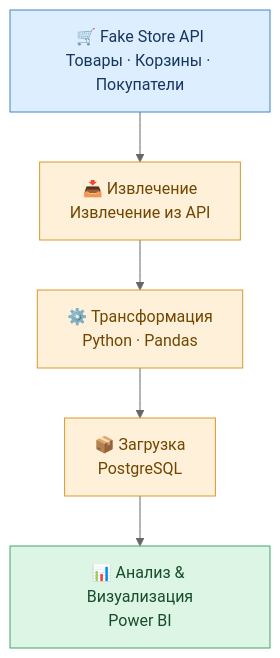
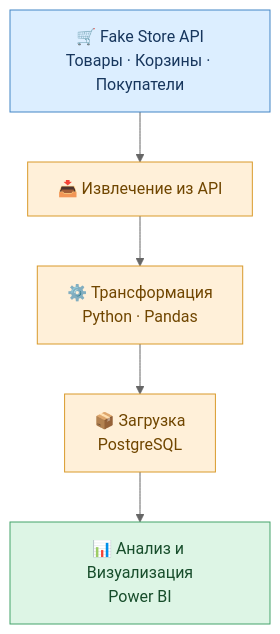
One commit to Daniilrokunov/etl_pipeline changed the second of 2 diagrams in README.md. Above: the diagram before and after it, drawn with Mermaid (neutral theme). The commit also changed other lines of this file, not shown here.

````diff
--- a/README.md
+++ b/README.md
@@ -55,18 +55,18 @@
 ```mermaid
 flowchart TD
     A["🛒 Fake Store API<br/>Товары · Корзины · Покупатели"]
-    B["📥 Извлечение<br/>Извлечение из API"]
+    B["📥 Извлечение из API"]
     C["⚙️ Трансформация<br/>Python · Pandas"]
     D["📦 Загрузка<br/>PostgreSQL"]
-    E["📊 Анализ & Визуализация<br/>Power BI"]
+    E["📊 Анализ и Визуализация<br/>Power BI"]
 
     A --> B --> C --> D --> E
 
     classDef source fill:#DCEEFF,stroke:#4285C5,color:#17365D
     classDef process fill:#FFF0D9,stroke:#D99A2B,color:#704600
     classDef output fill:#DDF5E5,stroke:#45A36B,color:#174D2B
 
     class A source
     class B,C,D process
     class E output
 ```
````
